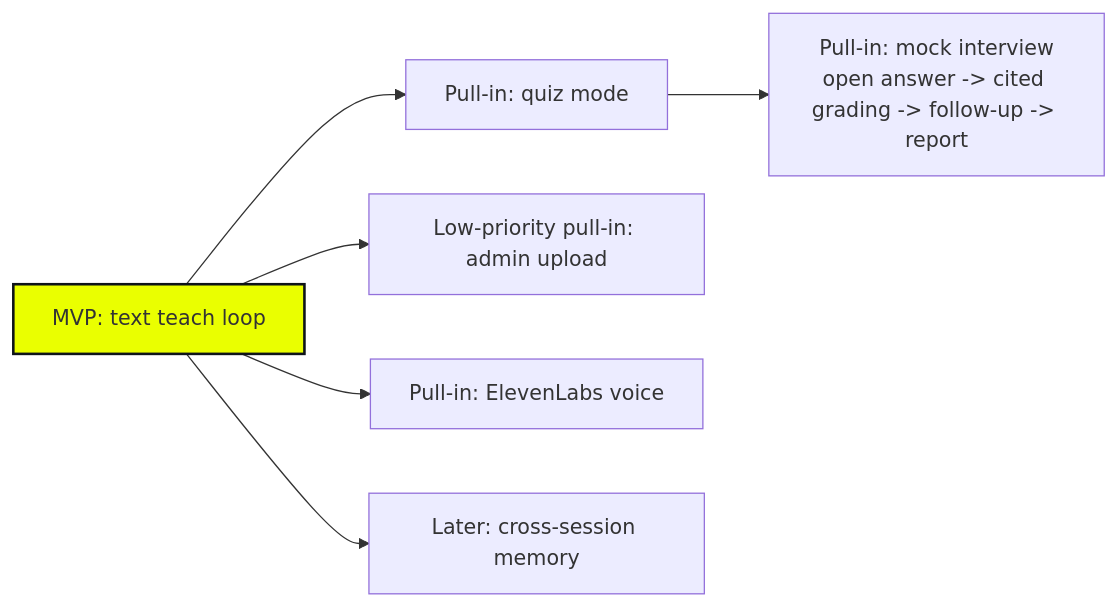
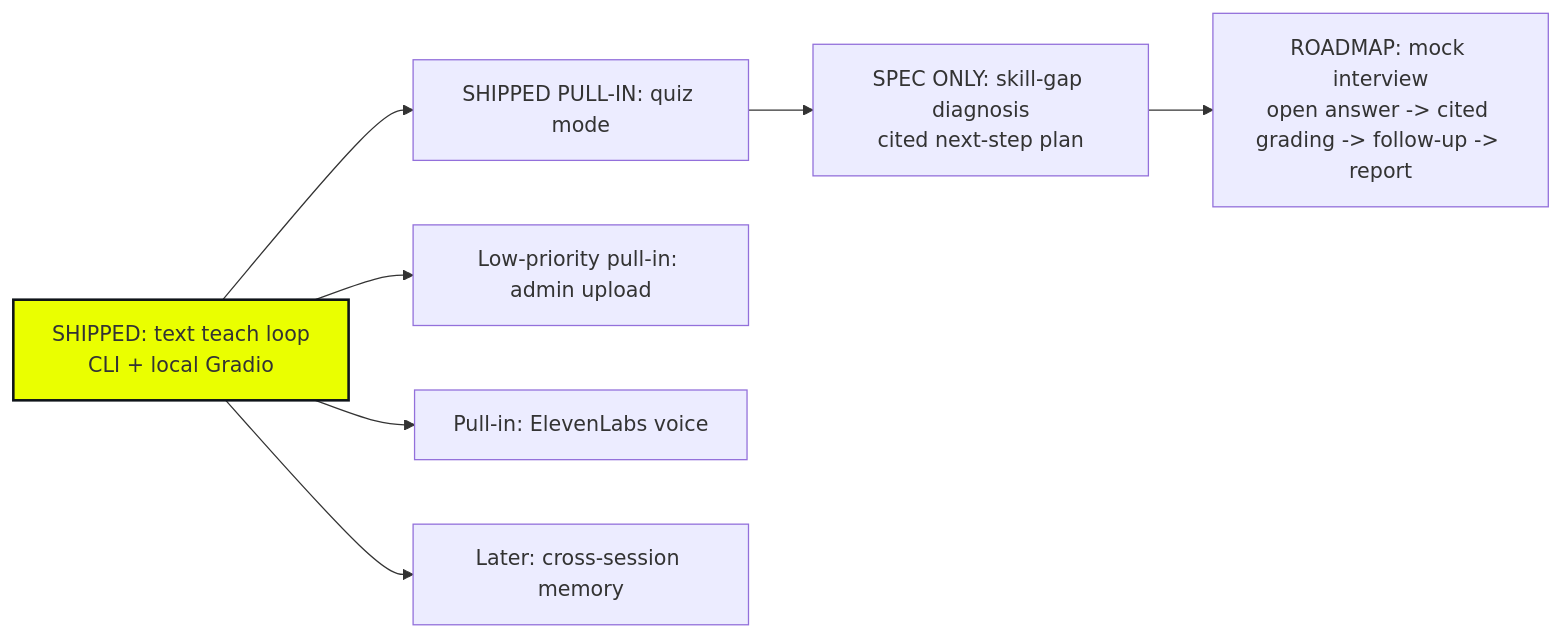
Before and after one commit to manjunath84/genacademy-coach: the seventh of 7 diagrams in docs/architecture-diagrams.md, drawn with Mermaid. The commit also changed other lines of this file and 3 other files, not shown here.

````diff
--- a/docs/architecture-diagrams.md
+++ b/docs/architecture-diagrams.md
@@ -201,11 +204,12 @@
 ```mermaid
 flowchart LR
-    MVP["MVP: text teach loop"]
-    MVP --> Quiz["Pull-in: quiz mode"]
-    Quiz --> Interview["Pull-in: mock interview\nopen answer -> cited grading -> follow-up -> report"]
+    MVP["SHIPPED: text teach loop\nCLI + local Gradio"]
+    MVP --> Quiz["SHIPPED PULL-IN: quiz mode"]
+    Quiz --> SkillGap["SPEC ONLY: skill-gap diagnosis\ncited next-step plan"]
+    SkillGap --> Interview["ROADMAP: mock interview\nopen answer -> cited grading -> follow-up -> report"]
     MVP --> Admin["Low-priority pull-in: admin upload"]
     MVP --> Voice["Pull-in: ElevenLabs voice"]
     MVP --> Memory["Later: cross-session memory"]
 
     style MVP fill:#EAFF00,stroke:#0F1419,stroke-width:2px
 ```
````
